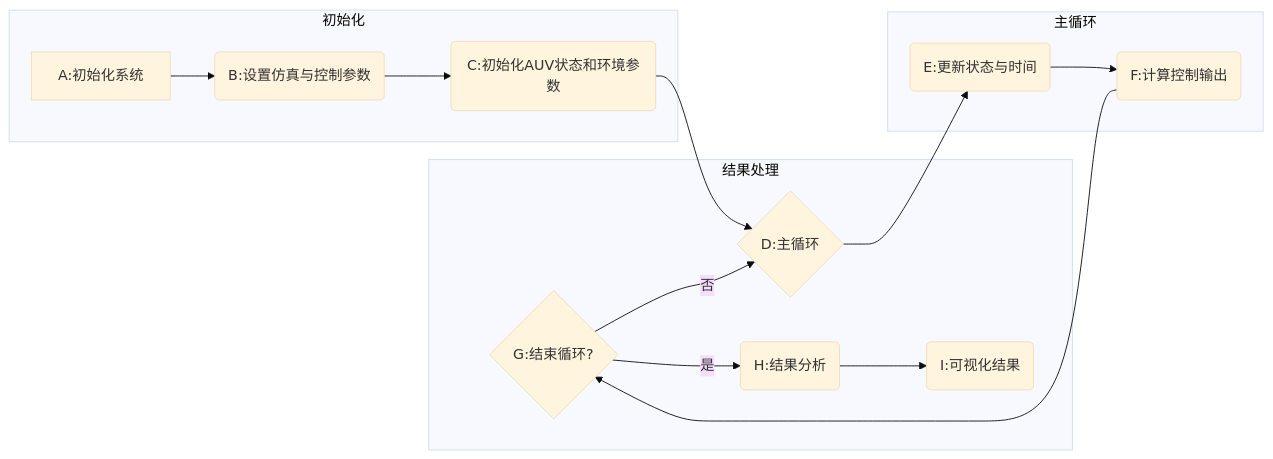
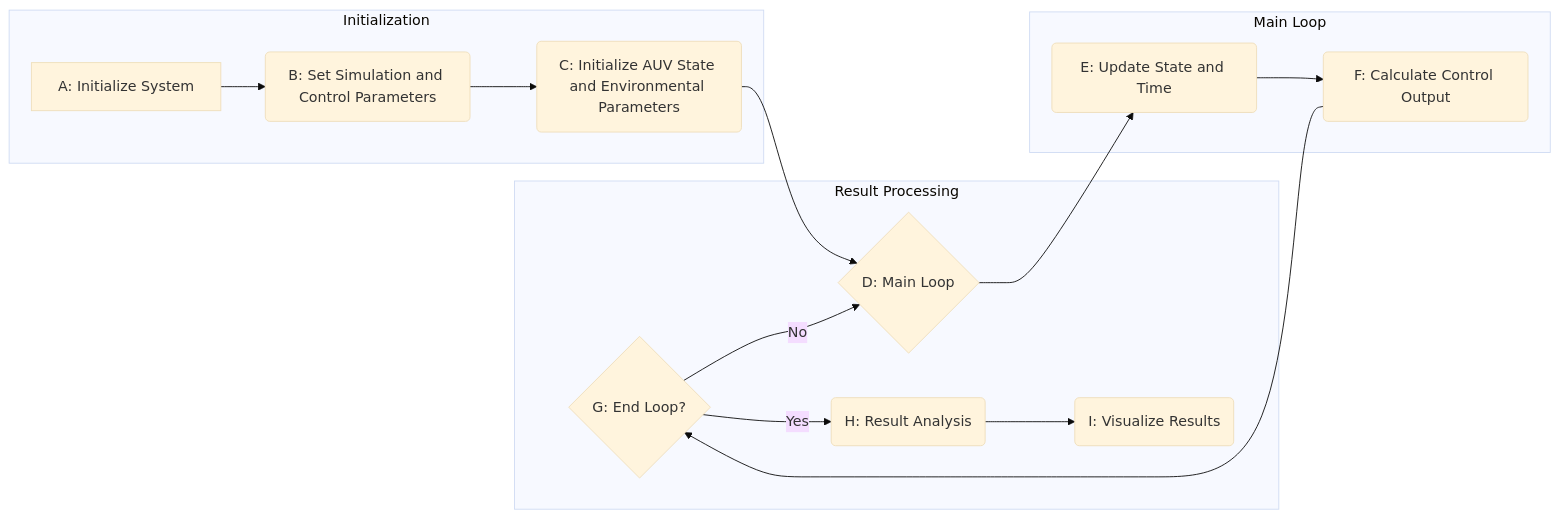
The second of 9 diagrams in md2visio/test/graph.md (sleetish/md2visio-gui), drawn with Mermaid (base theme) before and after one commit. The commit also changed other lines of this file and 11 other files, not shown here.

````diff
--- a/md2visio/test/graph.md
+++ b/md2visio/test/graph.md
@@ -27,21 +27,21 @@
 ```mermaid
 graph LR
-   subgraph 结果处理
-        G -->|否| D
-        G -->|是| H(H:结果分析)
-        H --> I(I:可视化结果)
+   subgraph Result Processing
+        G -->|No| D
+        G -->|Yes| H(H: Result Analysis)
+        H --> I(I: Visualize Results)
     end    
 
-    subgraph 初始化
-        A[A:初始化系统] --> B(B:设置仿真与控制参数)
-        B --> C(C:初始化AUV状态和环境参数)
+    subgraph Initialization
+        A[A: Initialize System] --> B(B: Set Simulation and Control Parameters)
+        B --> C(C: Initialize AUV State and Environmental Parameters)
     end
     
-    subgraph 主循环
-        D{D:主循环} --> E(E:更新状态与时间)
-        E --> F(F:计算控制输出)
-        F --> G{G:结束循环?}
+    subgraph Main Loop
+        D{D: Main Loop} --> E(E: Update State and Time)
+        E --> F(F: Calculate Control Output)
+        F --> G{G: End Loop?}
     end 
     
     C --> D
 ```
````
